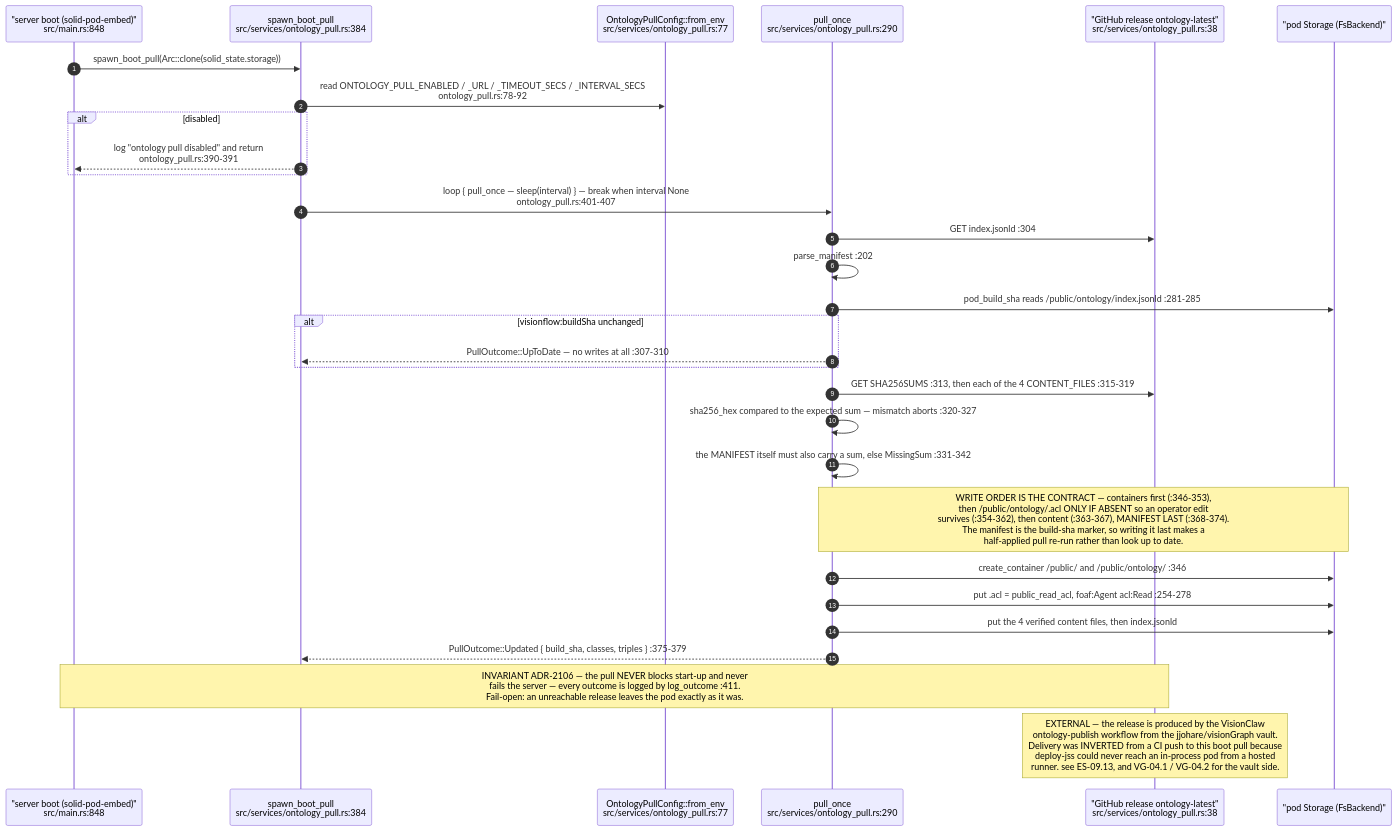
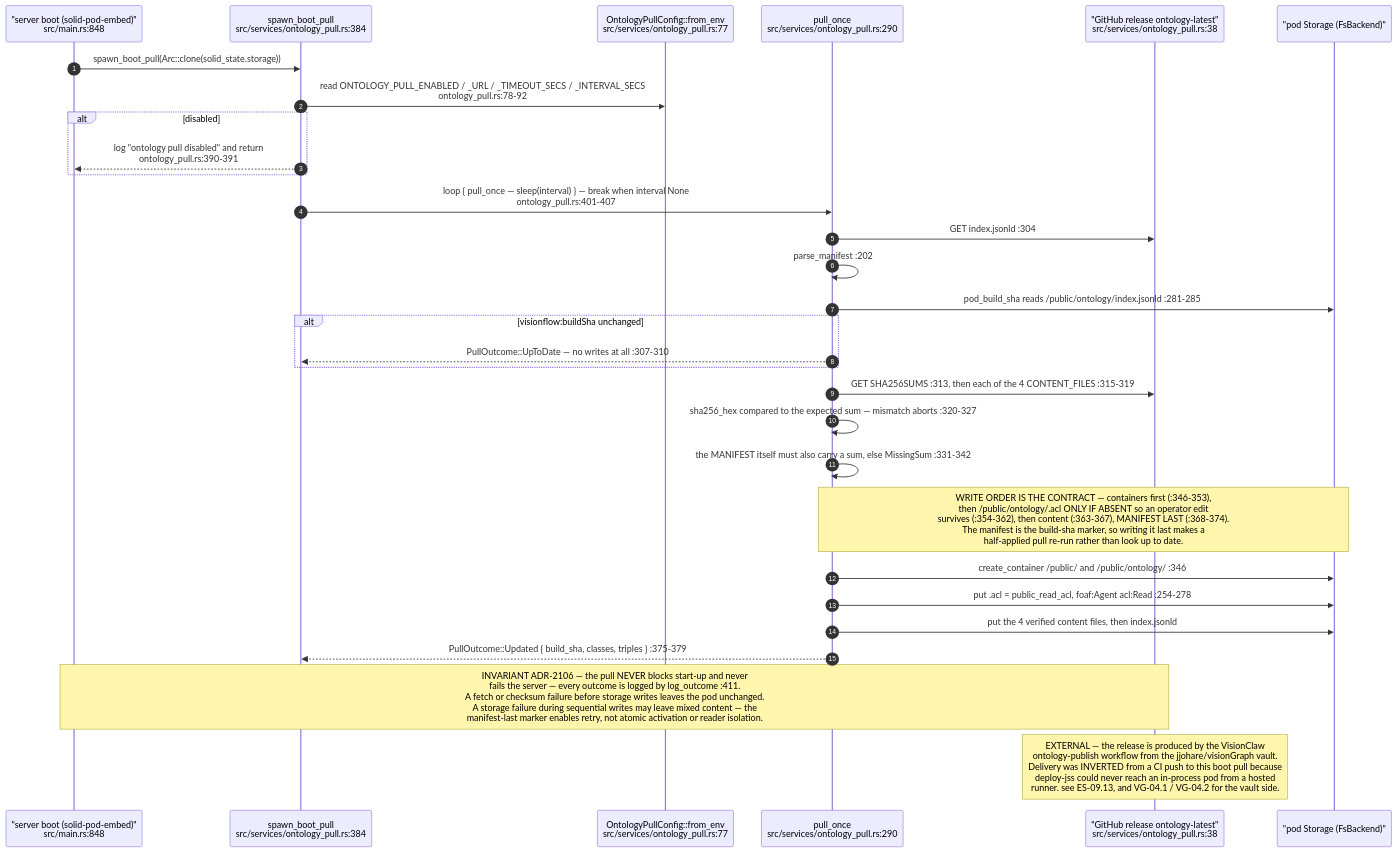
One commit to DreamLab-AI/VisionFlow changed diagram 11 of 11 in docs/diagrams/estate/08-solid-pod-estate.md. Above: the diagram before and after it, drawn with Mermaid. The commit also changed other lines of this file and 185 other files, not shown here.

Commit message:
docs(estate): reconcile diagrams and ADRs with source and define closeout sprint

````diff
--- a/docs/diagrams/estate/08-solid-pod-estate.md
+++ b/docs/diagrams/estate/08-solid-pod-estate.md
@@ -449,33 +448,33 @@
 ```mermaid
 sequenceDiagram
     autonumber
     participant M as "server boot (solid-pod-embed)"<br/>src/main.rs:848
     participant SP as spawn_boot_pull<br/>src/services/ontology_pull.rs:384
     participant CFG as OntologyPullConfig::from_env<br/>src/services/ontology_pull.rs:77
     participant P1 as pull_once<br/>src/services/ontology_pull.rs:290
     participant REL as "GitHub release ontology-latest"<br/>src/services/ontology_pull.rs:38
     participant ST as "pod Storage (FsBackend)"
 
     M->>SP: spawn_boot_pull(Arc::clone(solid_state.storage))
     SP->>CFG: read ONTOLOGY_PULL_ENABLED / _URL / _TIMEOUT_SECS / _INTERVAL_SECS<br/>ontology_pull.rs:78-92
     alt disabled
         SP-->>M: log "ontology pull disabled" and return<br/>ontology_pull.rs:390-391
     end
     SP->>P1: loop { pull_once — sleep(interval) } — break when interval None<br/>ontology_pull.rs:401-407
     P1->>REL: GET index.jsonld :304
     P1->>P1: parse_manifest :202
     P1->>ST: pod_build_sha reads /public/ontology/index.jsonld :281-285
     alt visionflow:buildSha unchanged
         P1-->>SP: PullOutcome::UpToDate — no writes at all :307-310
     end
     P1->>REL: GET SHA256SUMS :313, then each of the 4 CONTENT_FILES :315-319
     P1->>P1: sha256_hex compared to the expected sum — mismatch aborts :320-327
     P1->>P1: the MANIFEST itself must also carry a sum, else MissingSum :331-342
     Note over P1,ST: WRITE ORDER IS THE CONTRACT — containers first (:346-353),<br/>then /public/ontology/.acl ONLY IF ABSENT so an operator edit<br/>survives (:354-362), then content (:363-367), MANIFEST LAST (:368-374).<br/>The manifest is the build-sha marker, so writing it last makes a<br/>half-applied pull re-run rather than look up to date.
     P1->>ST: create_container /public/ and /public/ontology/ :346
     P1->>ST: put .acl = public_read_acl, foaf:Agent acl:Read :254-278
     P1->>ST: put the 4 verified content files, then index.jsonld
     P1-->>SP: PullOutcome::Updated { build_sha, classes, triples } :375-379
-    Note over M,REL: INVARIANT ADR-2106 — the pull NEVER blocks start-up and never<br/>fails the server — every outcome is logged by log_outcome :411.<br/>Fail-open: an unreachable release leaves the pod exactly as it was.
+    Note over M,REL: INVARIANT ADR-2106 — the pull NEVER blocks start-up and never<br/>fails the server — every outcome is logged by log_outcome :411.<br/>A fetch or checksum failure before storage writes leaves the pod unchanged.<br/>A storage failure during sequential writes may leave mixed content — the<br/>manifest-last marker enables retry, not atomic activation or reader isolation.
     Note over REL: EXTERNAL — the release is produced by the VisionClaw<br/>ontology-publish workflow from the jjohare/visionGraph vault.<br/>Delivery was INVERTED from a CI push to this boot pull because<br/>deploy-jss could never reach an in-process pod from a hosted<br/>runner. see ES-09.13, and VG-04.1 / VG-04.2 for the vault side.
 ```
````
